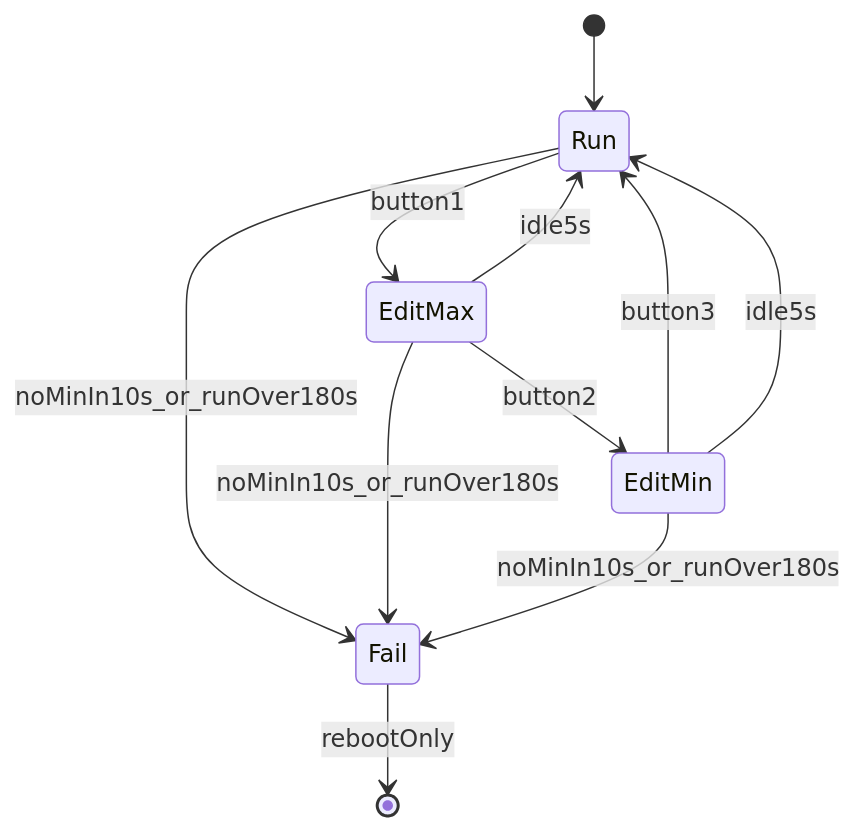
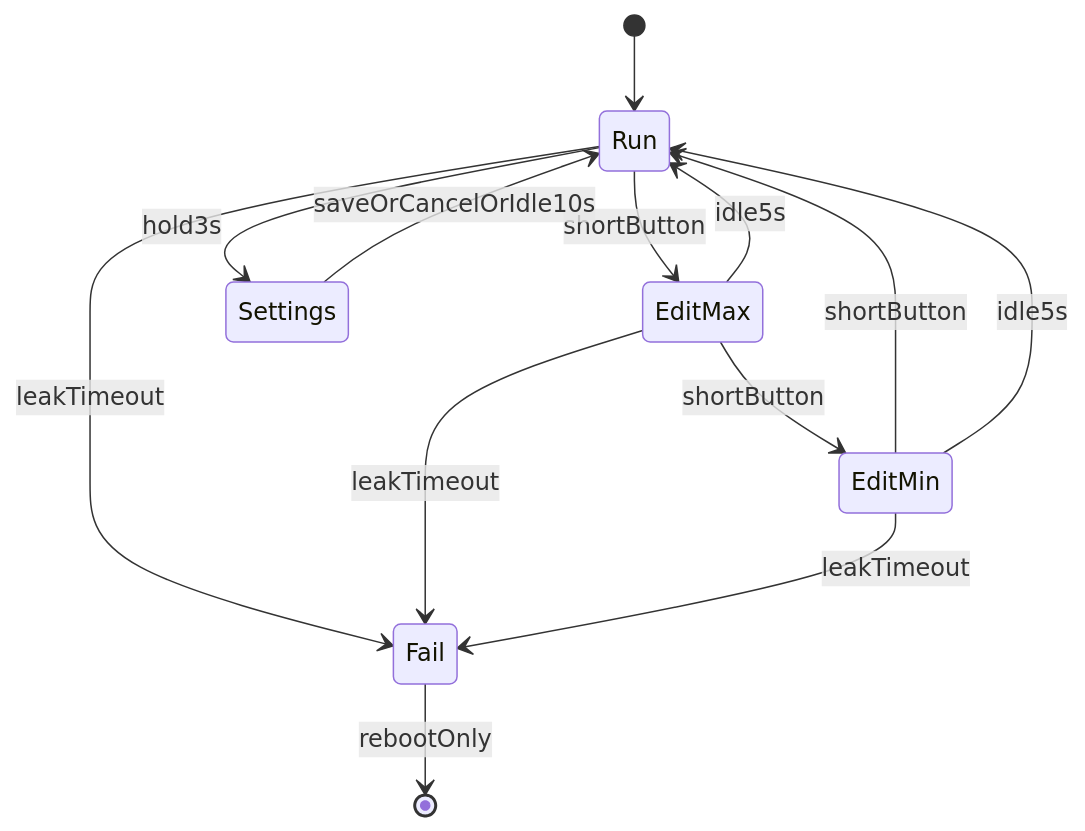
Before and after one commit to rickitickitavy/pressure-controller: the diagram in docs/plan-pump-pressure-controller.md, drawn with Mermaid. The commit also changed other lines of this file and 4 other files, not shown here.

````diff
--- a/docs/plan-pump-pressure-controller.md
+++ b/docs/plan-pump-pressure-controller.md
@@ -45,13 +47,15 @@
 ```mermaid
 stateDiagram-v2
   [*] --> Run
-  Run --> EditMax: button1
-  EditMax --> EditMin: button2
-  EditMin --> Run: button3
+  Run --> EditMax: shortButton
+  EditMax --> EditMin: shortButton
+  EditMin --> Run: shortButton
   EditMax --> Run: idle5s
   EditMin --> Run: idle5s
-  Run --> Fail: noMinIn10s_or_runOver180s
-  EditMax --> Fail: noMinIn10s_or_runOver180s
-  EditMin --> Fail: noMinIn10s_or_runOver180s
+  Run --> Settings: hold3s
+  Settings --> Run: saveOrCancelOrIdle10s
+  Run --> Fail: leakTimeout
+  EditMax --> Fail: leakTimeout
+  EditMin --> Fail: leakTimeout
   Fail --> [*]: rebootOnly
 ```
````
